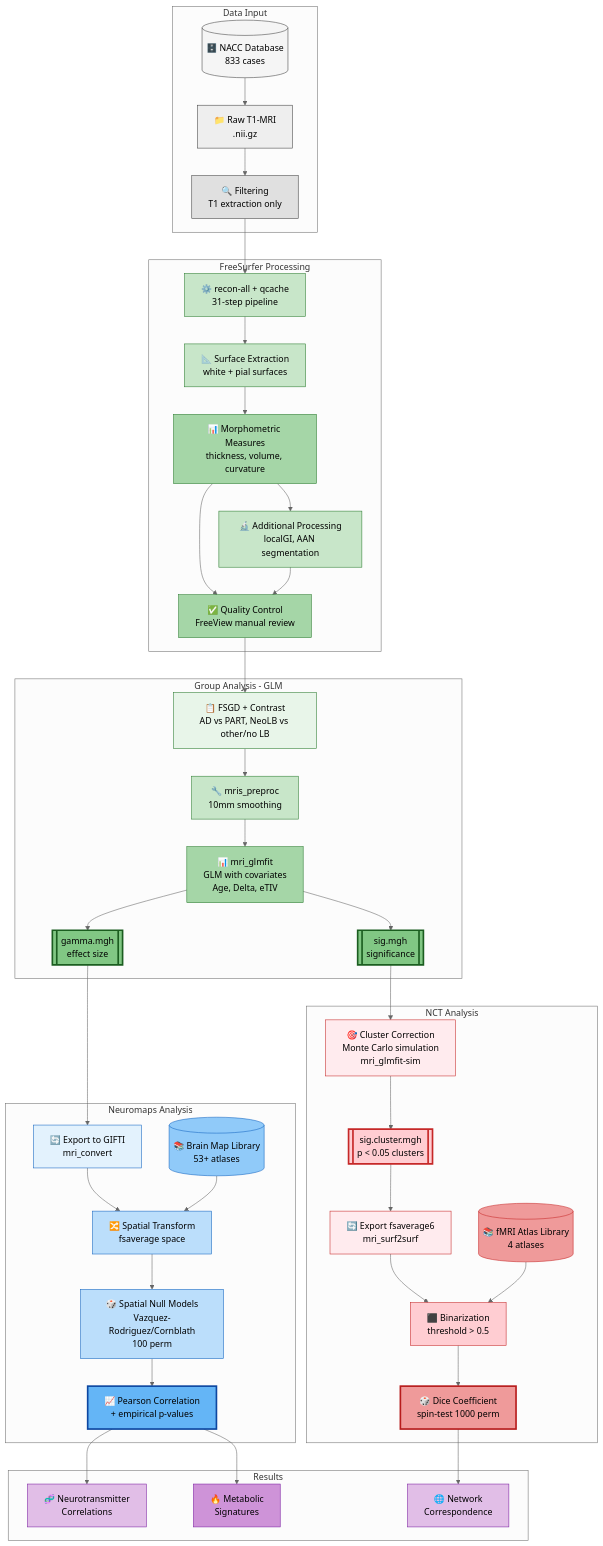
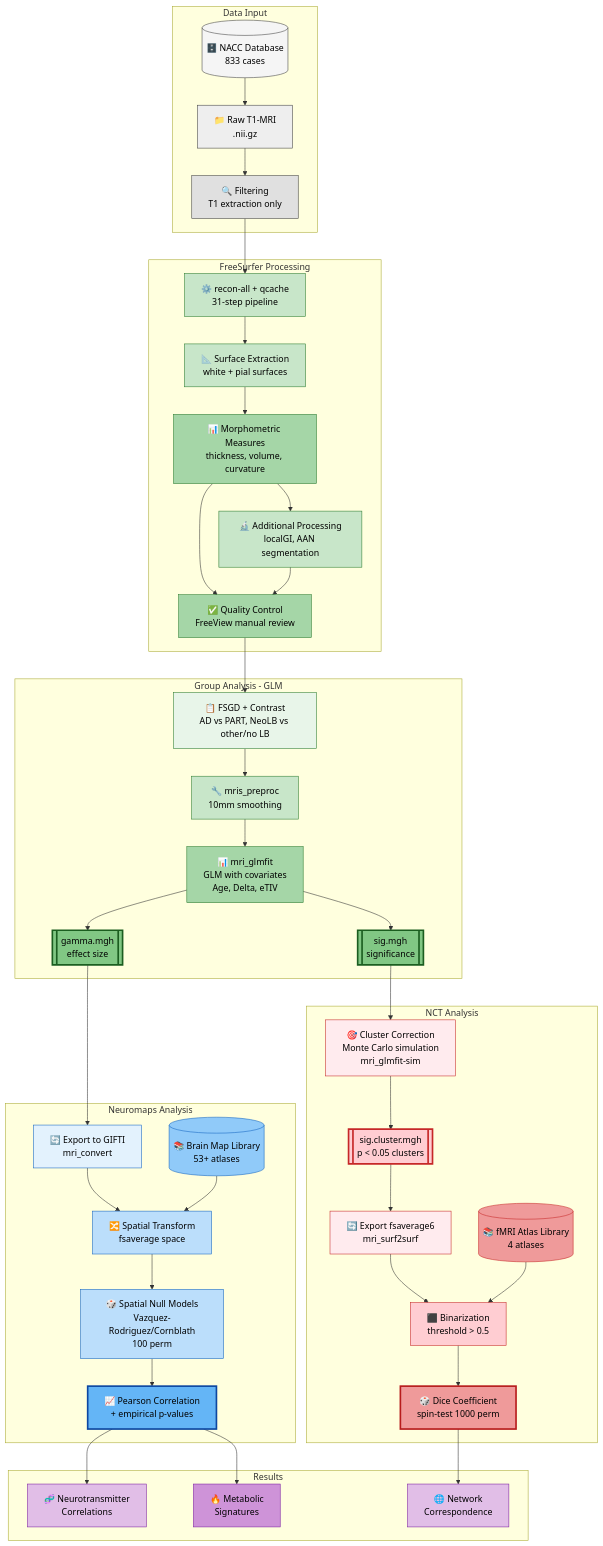
The diagram in README.md (luisAraujo11/Thesis), drawn with Mermaid before and after one commit.

Commit message:
Final MD

````diff
--- a/README.md
+++ b/README.md
@@ -16,5 +16,4 @@
 ```mermaid
-%%{init: {'theme': 'neutral'}}%%
 flowchart TD
     %% ============ DATA INPUT ============
     subgraph INPUT["Data Input"]
````
